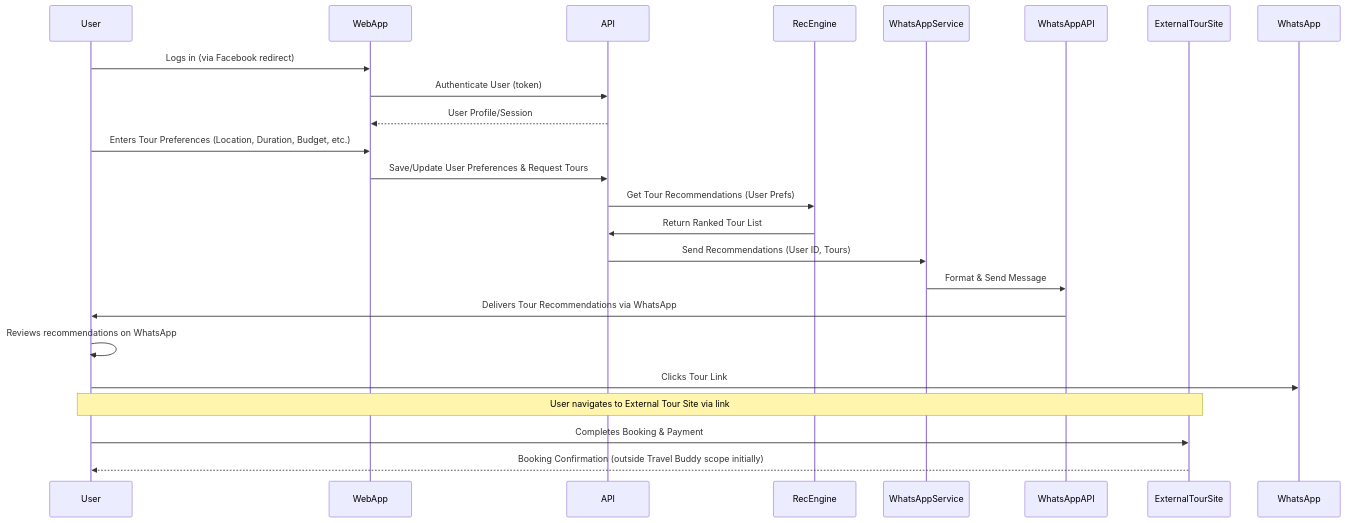
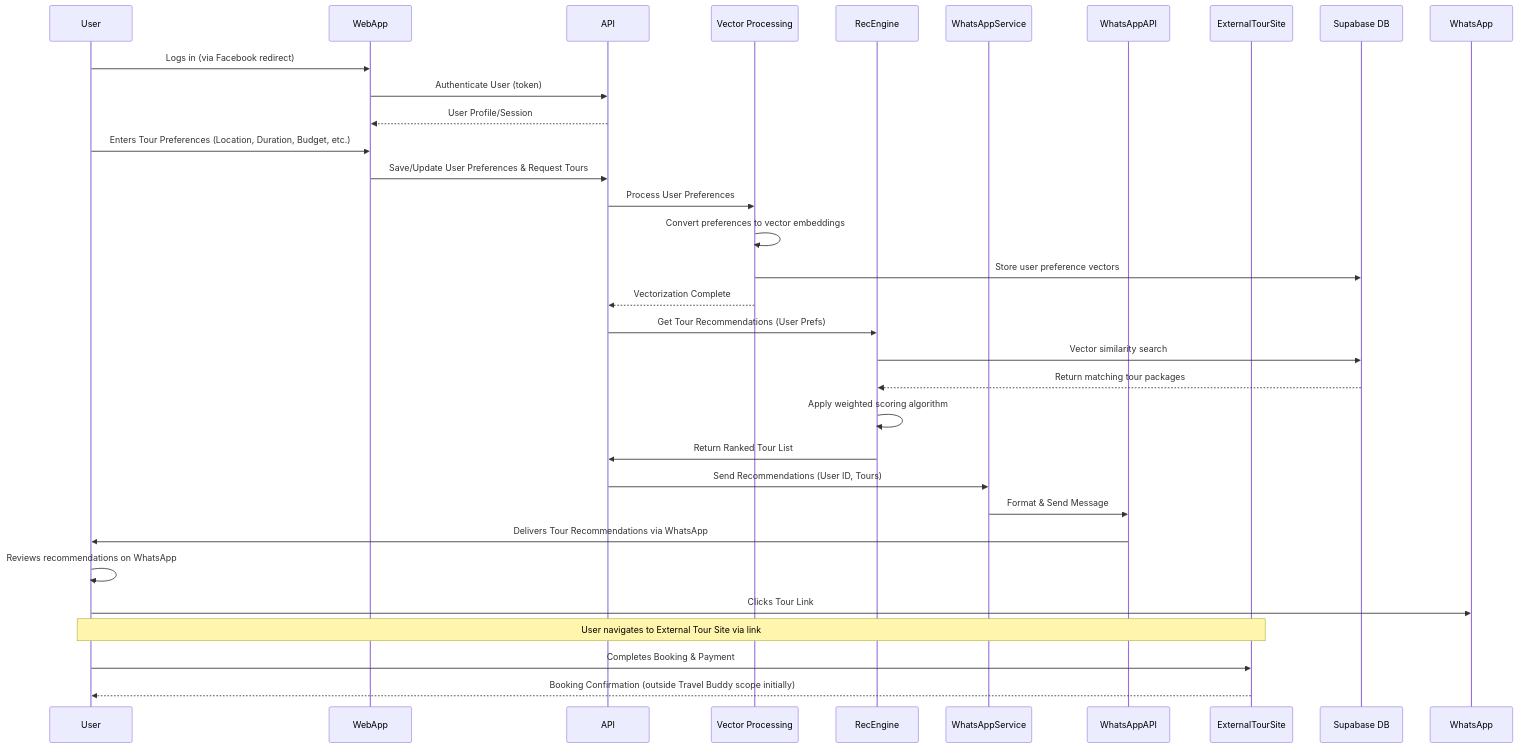
One commit to talentedgeai/hackathon-travel-buddy changed the third of 5 diagrams in docs/technical_solution.md. Above: the diagram before and after it, drawn with Mermaid. The commit also changed other lines of this file and 1 other file, not shown here.

````diff
--- a/docs/technical_solution.md
+++ b/docs/technical_solution.md
@@ -206,30 +387,42 @@
 ```mermaid
 sequenceDiagram
     participant User
     participant WebApp
     participant API
+    participant VectorProc as Vector Processing
     participant RecEngine
     participant WhatsAppService
     participant WhatsAppAPI
     participant ExternalTourSite
+    participant DB as Supabase DB
 
     User->>WebApp: Logs in (via Facebook redirect)
     WebApp->>API: Authenticate User (token)
     API-->>WebApp: User Profile/Session
 
     User->>WebApp: Enters Tour Preferences (Location, Duration, Budget, etc.)
     WebApp->>API: Save/Update User Preferences & Request Tours
+    
+    API->>VectorProc: Process User Preferences
+    VectorProc->>VectorProc: Convert preferences to vector embeddings
+    VectorProc->>DB: Store user preference vectors
+    VectorProc-->>API: Vectorization Complete
+    
     API->>RecEngine: Get Tour Recommendations (User Prefs)
+    RecEngine->>DB: Vector similarity search
+    DB-->>RecEngine: Return matching tour packages
+    RecEngine->>RecEngine: Apply weighted scoring algorithm
     RecEngine->>API: Return Ranked Tour List
+    
     API->>WhatsAppService: Send Recommendations (User ID, Tours)
     WhatsAppService->>WhatsAppAPI: Format & Send Message
     WhatsAppAPI->>User: Delivers Tour Recommendations via WhatsApp
 
     User->>User: Reviews recommendations on WhatsApp
     User->>WhatsApp: Clicks Tour Link
 
     Note over User, ExternalTourSite: User navigates to External Tour Site via link
 
     User->>ExternalTourSite: Completes Booking & Payment
     ExternalTourSite-->>User: Booking Confirmation (outside Travel Buddy scope initially)
 ```
````
